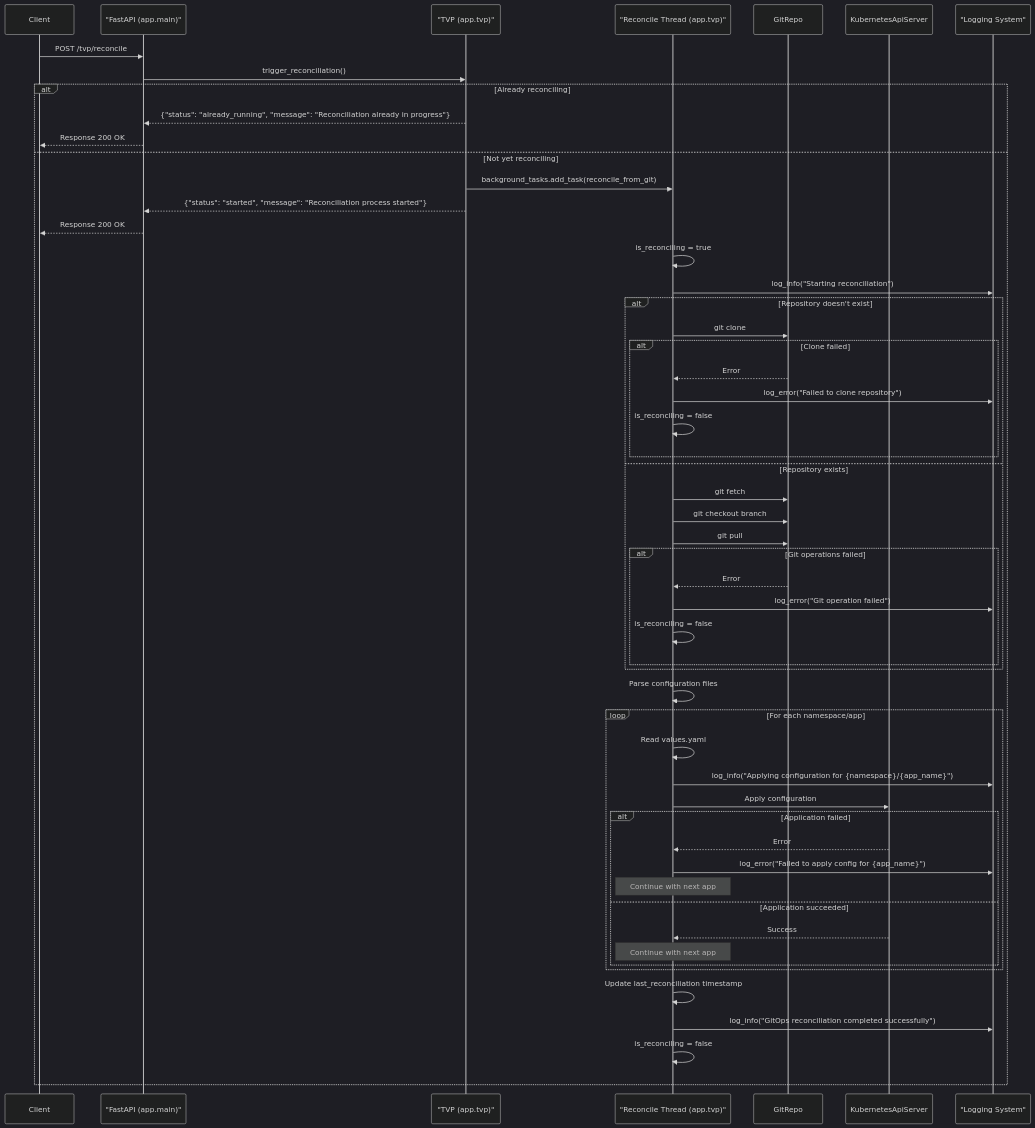
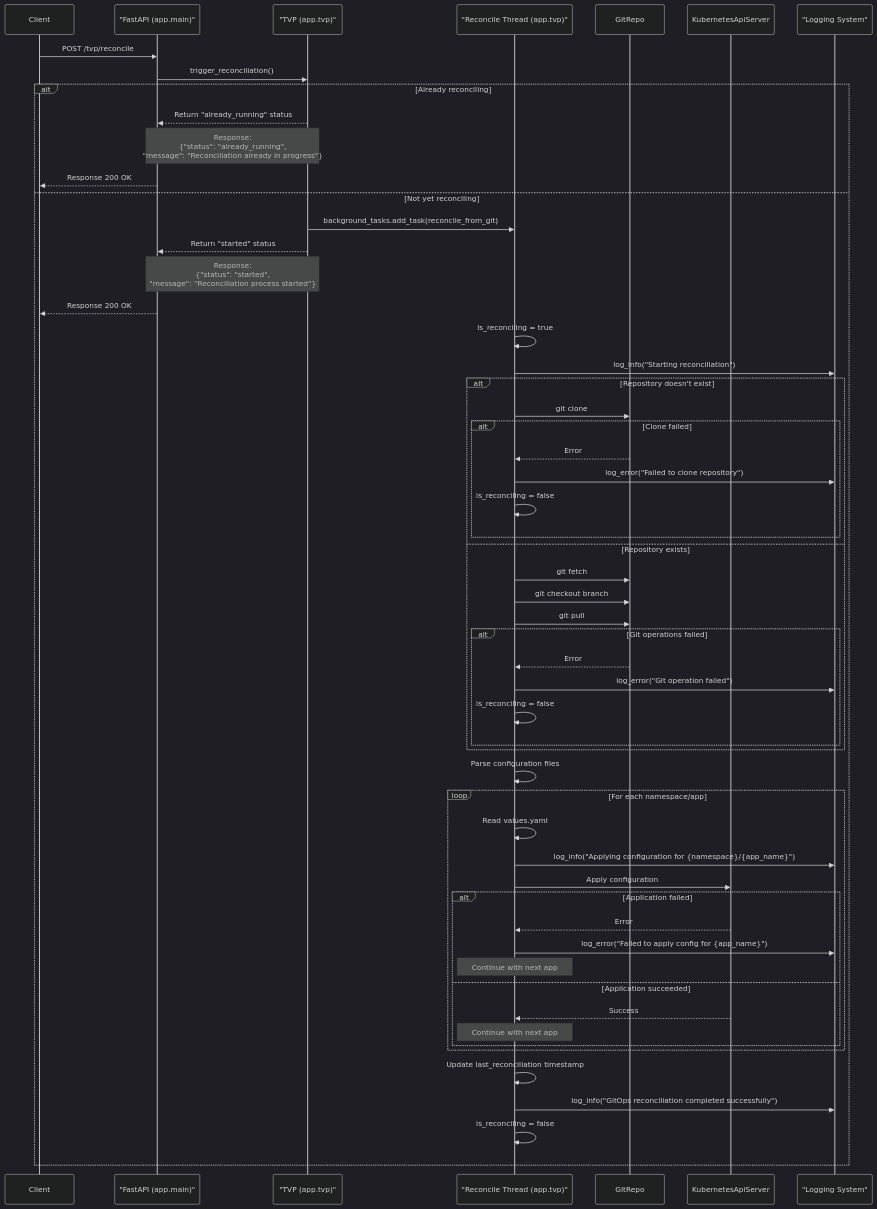
One commit to lloydchang/tvp-k8s changed the diagram in fastapi/mermaid/tvp-reconciliation-sequence.mermaid. Above: the diagram before and after it, drawn with Mermaid (dark theme). The commit also changed 1 other file, not shown here.

```diff
--- a/fastapi/mermaid/tvp-reconciliation-sequence.mermaid
+++ b/fastapi/mermaid/tvp-reconciliation-sequence.mermaid
@@ -1,61 +1,63 @@
 sequenceDiagram
     participant Client
     participant FastAPI as "FastAPI (app.main)"
     participant TVP as "TVP (app.tvp)"
     participant ReconcileThread as "Reconcile Thread (app.tvp)"
     participant GitRepo
     participant KubernetesApiServer
     participant Logger as "Logging System"
     
     Client->>FastAPI: POST /tvp/reconcile
     FastAPI->>TVP: trigger_reconciliation()
     
     alt Already reconciling
-        TVP-->>FastAPI: {"status": "already_running", "message": "Reconciliation already in progress"}
+        TVP-->>FastAPI: Return "already_running" status
+        Note over TVP,FastAPI: Response:<br>{"status": "already_running",<br>"message": "Reconciliation already in progress"}
         FastAPI-->>Client: Response 200 OK
     else Not yet reconciling
         TVP->>ReconcileThread: background_tasks.add_task(reconcile_from_git)
-        TVP-->>FastAPI: {"status": "started", "message": "Reconciliation process started"}
+        TVP-->>FastAPI: Return "started" status
+        Note over TVP,FastAPI: Response:<br>{"status": "started",<br>"message": "Reconciliation process started"}
         FastAPI-->>Client: Response 200 OK
         
         ReconcileThread->>ReconcileThread: is_reconciling = true
         ReconcileThread->>Logger: log_info("Starting reconciliation")
         
         alt Repository doesn't exist
             ReconcileThread->>GitRepo: git clone
             alt Clone failed
                 GitRepo-->>ReconcileThread: Error
                 ReconcileThread->>Logger: log_error("Failed to clone repository")
                 ReconcileThread->>ReconcileThread: is_reconciling = false
             end
         else Repository exists
             ReconcileThread->>GitRepo: git fetch
             ReconcileThread->>GitRepo: git checkout branch
             ReconcileThread->>GitRepo: git pull
             alt Git operations failed
                 GitRepo-->>ReconcileThread: Error
                 ReconcileThread->>Logger: log_error("Git operation failed")
                 ReconcileThread->>ReconcileThread: is_reconciling = false
             end
         end
         
         ReconcileThread->>ReconcileThread: Parse configuration files
         
         loop For each namespace/app
             ReconcileThread->>ReconcileThread: Read values.yaml
             ReconcileThread->>Logger: log_info("Applying configuration for {namespace}/{app_name}")
             ReconcileThread->>KubernetesApiServer: Apply configuration
             alt Application failed
                 KubernetesApiServer-->>ReconcileThread: Error
                 ReconcileThread->>Logger: log_error("Failed to apply config for {app_name}")
                 note over ReconcileThread: Continue with next app
             else Application succeeded
                 KubernetesApiServer-->>ReconcileThread: Success
                 note over ReconcileThread: Continue with next app
             end
         end
         
         ReconcileThread->>ReconcileThread: Update last_reconciliation timestamp
         ReconcileThread->>Logger: log_info("GitOps reconciliation completed successfully")
         ReconcileThread->>ReconcileThread: is_reconciling = false
     end
```
